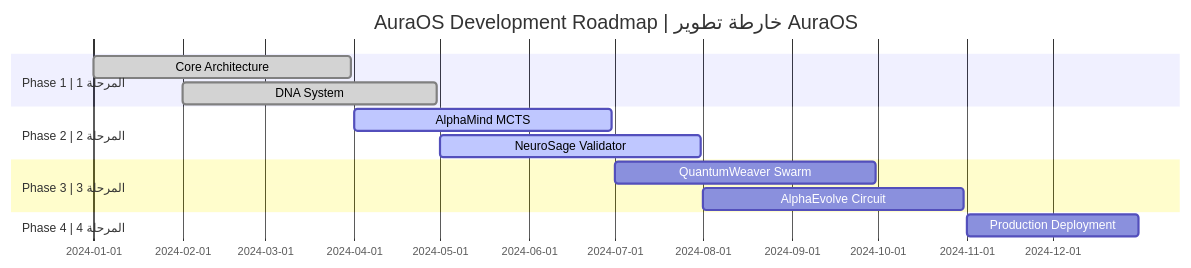
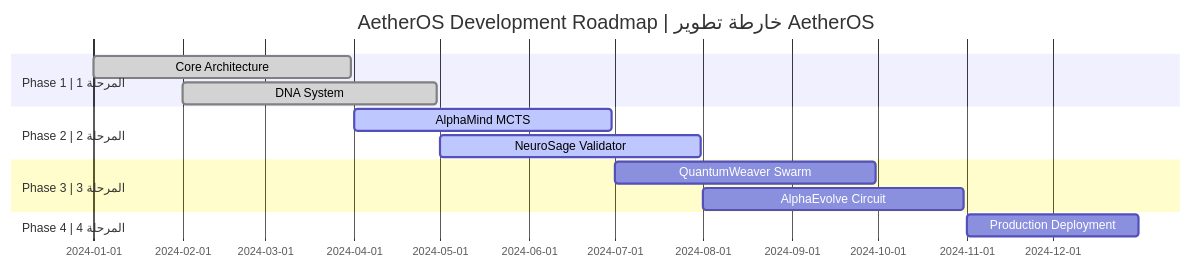
Before and after one commit to Moeabdelaziz007/AetherOS: the fourth of 4 diagrams in README.md, drawn with Mermaid. The commit also changed other lines of this file and 41 other files, not shown here.

First line of the commit message:
Rename project from AuraOS to AetherOS

````diff
--- a/README.md
+++ b/README.md
@@ -538,16 +538,16 @@
 ```mermaid
 gantt
-    title AuraOS Development Roadmap | خارطة تطوير AuraOS
+    title AetherOS Development Roadmap | خارطة تطوير AetherOS
     dateFormat  YYYY-MM-DD
     section Phase 1 | المرحلة 1
     Core Architecture    :done,    p1, 2024-01-01, 2024-03-31
     DNA System           :done,    p2, 2024-02-01, 2024-04-30
     section Phase 2 | المرحلة 2
     AlphaMind MCTS       :active,  p3, 2024-04-01, 2024-06-30
     NeuroSage Validator  :active,  p4, 2024-05-01, 2024-07-31
     section Phase 3 | المرحلة 3
     QuantumWeaver Swarm  :         p5, 2024-07-01, 2024-09-30
     AlphaEvolve Circuit  :         p6, 2024-08-01, 2024-10-31
     section Phase 4 | المرحلة 4
     Production Deployment:         p7, 2024-11-01, 2024-12-31
 ```
````
